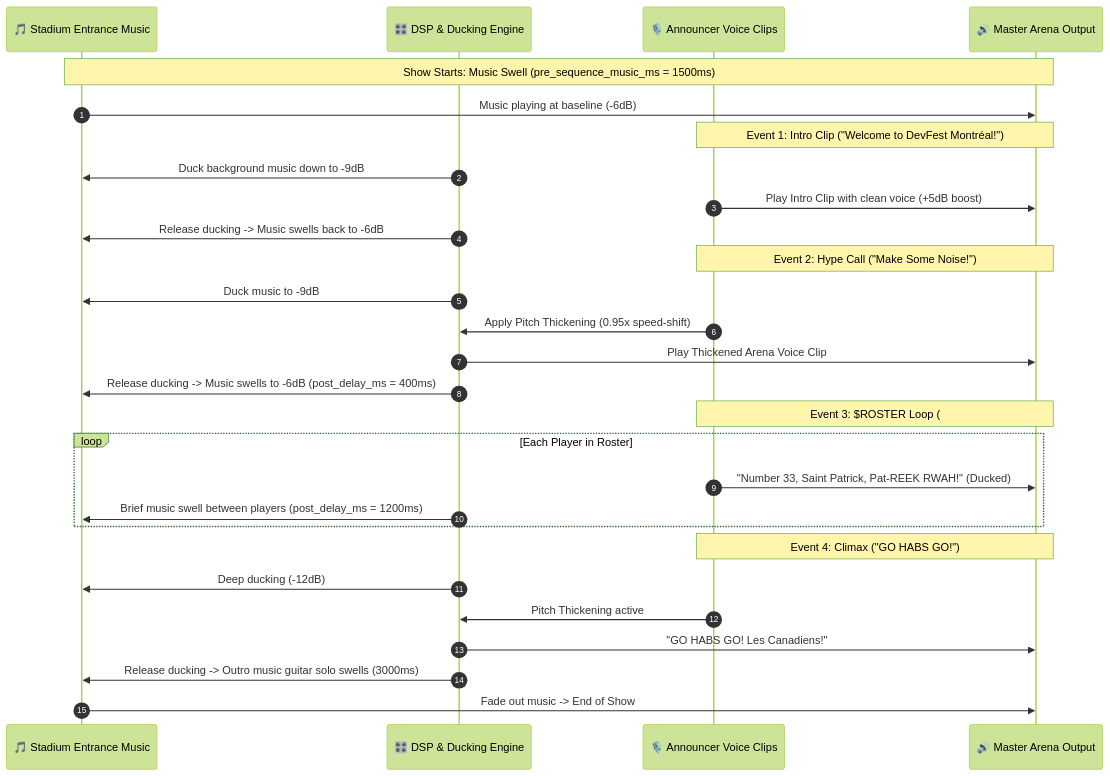
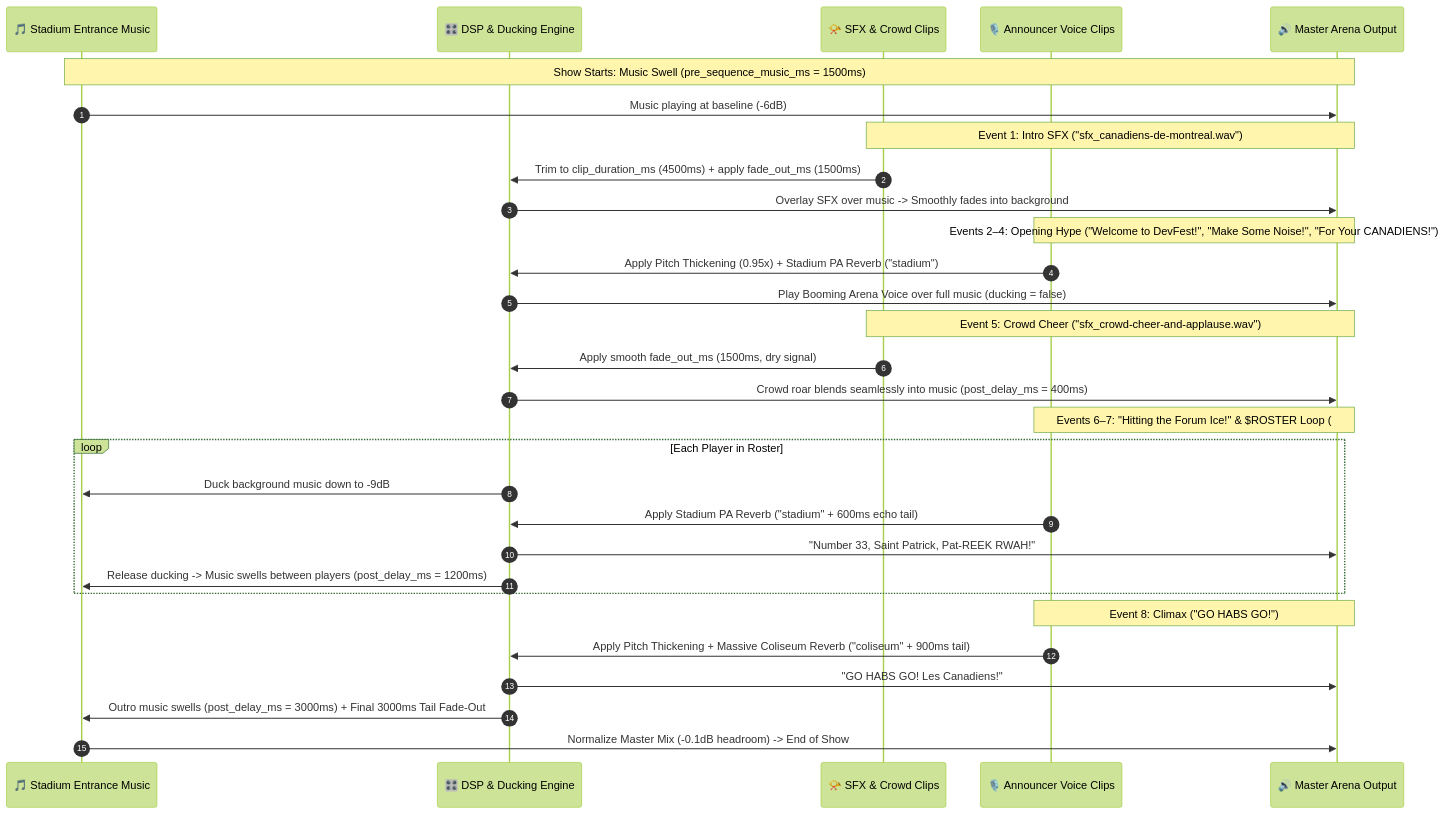
The second of 2 diagrams in README.md (aitalian/team-hype-ai), drawn with Mermaid (forest theme) before and after one commit. The commit also changed other lines of this file, not shown here.

Commit message:
Update docs to add fade in/out examples

````diff
--- a/README.md
+++ b/README.md
@@ -101,35 +105,38 @@
 ```mermaid
 sequenceDiagram
     autonumber
     participant Music as 🎵 Stadium Entrance Music
     participant DSP as 🎛️ DSP & Ducking Engine
+    participant SFX as 📯 SFX & Crowd Clips
     participant Voice as 🎙️ Announcer Voice Clips
     participant Master as 🔊 Master Arena Output
 
     Note over Music,Master: Show Starts: Music Swell (pre_sequence_music_ms = 1500ms)
     Music->>Master: Music playing at baseline (-6dB)
-    
-    Note over Voice,Master: Event 1: Intro Clip ("Welcome to DevFest Montréal!")
-    DSP->>Music: Duck background music down to -9dB
-    Voice->>Master: Play Intro Clip with clean voice (+5dB boost)
-    DSP->>Music: Release ducking -> Music swells back to -6dB
-    
-    Note over Voice,Master: Event 2: Hype Call ("Make Some Noise!")
-    DSP->>Music: Duck music to -9dB
-    Voice->>DSP: Apply Pitch Thickening (0.95x speed-shift)
-    DSP->>Master: Play Thickened Arena Voice Clip
-    DSP->>Music: Release ducking -> Music swells to -6dB (post_delay_ms = 400ms)
-    
-    Note over Voice,Master: Event 3: $ROSTER Loop (#33 Roy, #24 Chelios, #26 Naslund...)
+
+    Note over SFX,Master: Event 1: Intro SFX ("sfx_canadiens-de-montreal.wav")
+    SFX->>DSP: Trim to clip_duration_ms (4500ms) + apply fade_out_ms (1500ms)
+    DSP->>Master: Overlay SFX over music -> Smoothly fades into background
+
+    Note over Voice,Master: Events 2–4: Opening Hype ("Welcome to DevFest!", "Make Some Noise!", "For Your CANADIENS!")
+    Voice->>DSP: Apply Pitch Thickening (0.95x) + Stadium PA Reverb ("stadium")
+    DSP->>Master: Play Booming Arena Voice over full music (ducking = false)
+
+    Note over SFX,Master: Event 5: Crowd Cheer ("sfx_crowd-cheer-and-applause.wav")
+    SFX->>DSP: Apply smooth fade_out_ms (1500ms, dry signal)
+    DSP->>Master: Crowd roar blends seamlessly into music (post_delay_ms = 400ms)
+
+    Note over Voice,Master: Events 6–7: "Hitting the Forum Ice!" & $ROSTER Loop (#33 Roy, #24 Chelios...)
     loop Each Player in Roster
-        Voice->>Master: "Number 33, Saint Patrick, Pat-REEK RWAH!" (Ducked)
-        DSP->>Music: Brief music swell between players (post_delay_ms = 1200ms)
+        DSP->>Music: Duck background music down to -9dB
+        Voice->>DSP: Apply Stadium PA Reverb ("stadium" + 600ms echo tail)
+        DSP->>Master: "Number 33, Saint Patrick, Pat-REEK RWAH!"
+        DSP->>Music: Release ducking -> Music swells between players (post_delay_ms = 1200ms)
     end
-    
-    Note over Voice,Master: Event 4: Climax ("GO HABS GO!")
-    DSP->>Music: Deep ducking (-12dB)
-    Voice->>DSP: Pitch Thickening active
+
+    Note over Voice,Master: Event 8: Climax ("GO HABS GO!")
+    Voice->>DSP: Apply Pitch Thickening + Massive Coliseum Reverb ("coliseum" + 900ms tail)
     DSP->>Master: "GO HABS GO! Les Canadiens!"
-    DSP->>Music: Release ducking -> Outro music guitar solo swells (3000ms)
-    Music->>Master: Fade out music -> End of Show
+    DSP->>Music: Outro music swells (post_delay_ms = 3000ms) + Final 3000ms Tail Fade-Out
+    Music->>Master: Normalize Master Mix (-0.1dB headroom) -> End of Show
 ```
````
